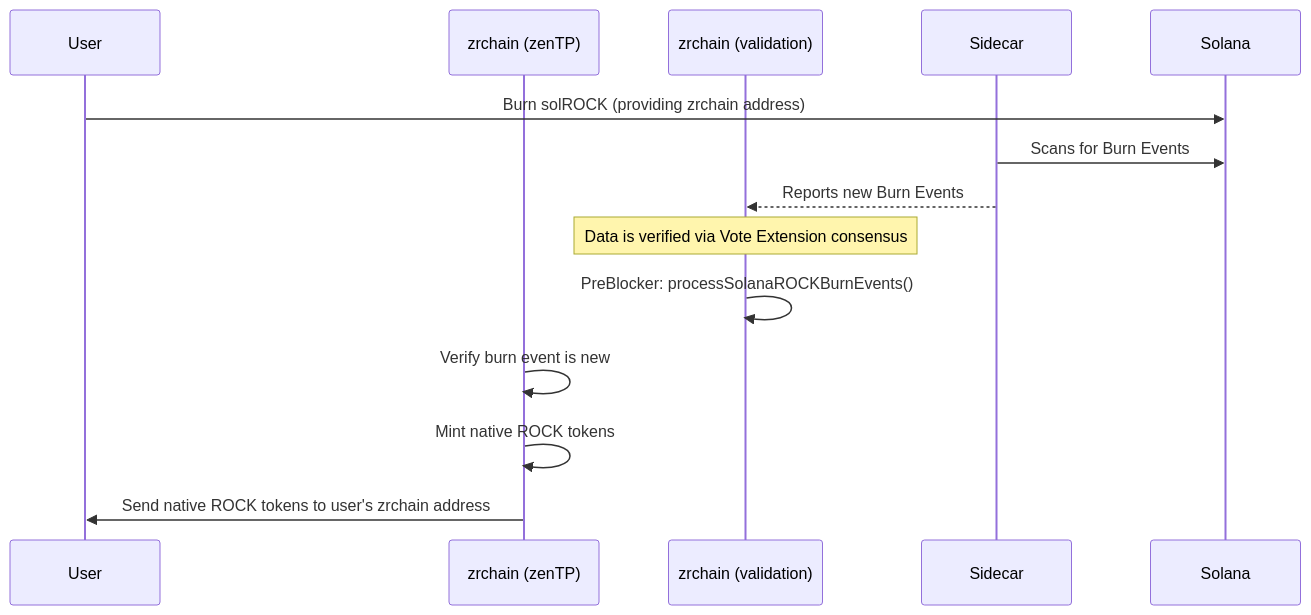
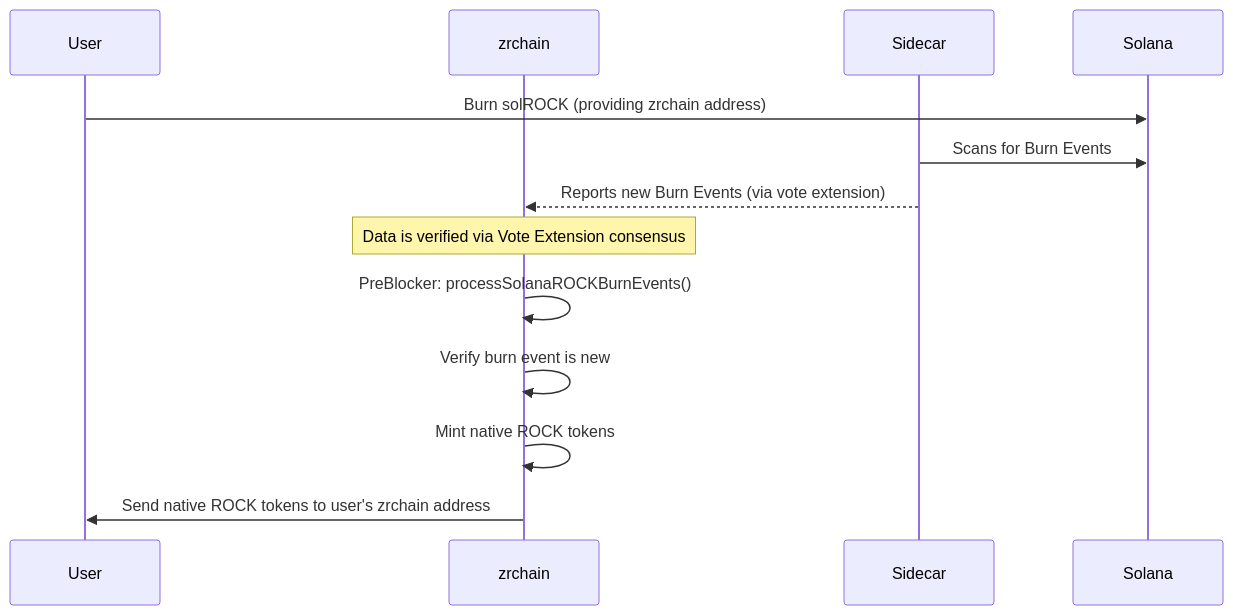
One commit to zenrocklabs/zrchain changed the fourth of 4 diagrams in docs/README.md. Above: the diagram before and after it, drawn with Mermaid. The commit also changed other lines of this file, not shown here.

````diff
--- a/docs/README.md
+++ b/docs/README.md
@@ -208,18 +208,17 @@
 ```mermaid
 sequenceDiagram
     participant User
-    participant zrchain as zrchain (zenTP)
-    participant zrchain_val as zrchain (validation)
+    participant zrchain
     participant Sidecar
     participant Solana
 
     User->>Solana: Burn solROCK (providing zrchain address)
     Sidecar->>Solana: Scans for Burn Events
-    Sidecar-->>zrchain_val: Reports new Burn Events
-    Note over zrchain_val: Data is verified via Vote Extension consensus
+    Sidecar-->>zrchain: Reports new Burn Events (via vote extension)
+    Note over zrchain: Data is verified via Vote Extension consensus
 
-    zrchain_val->>zrchain_val: PreBlocker: processSolanaROCKBurnEvents()
+    zrchain->>zrchain: PreBlocker: processSolanaROCKBurnEvents()
     zrchain->>zrchain: Verify burn event is new
     zrchain->>zrchain: Mint native ROCK tokens
     zrchain->>User: Send native ROCK tokens to user's zrchain address
 ```
````
